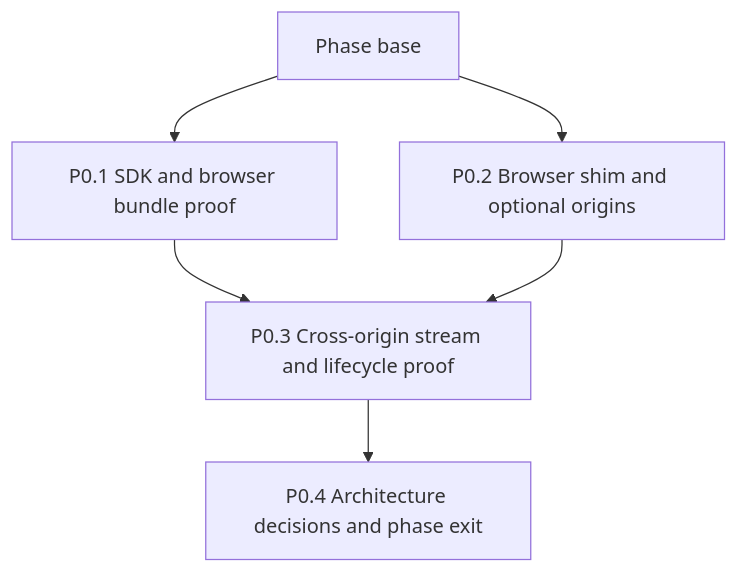
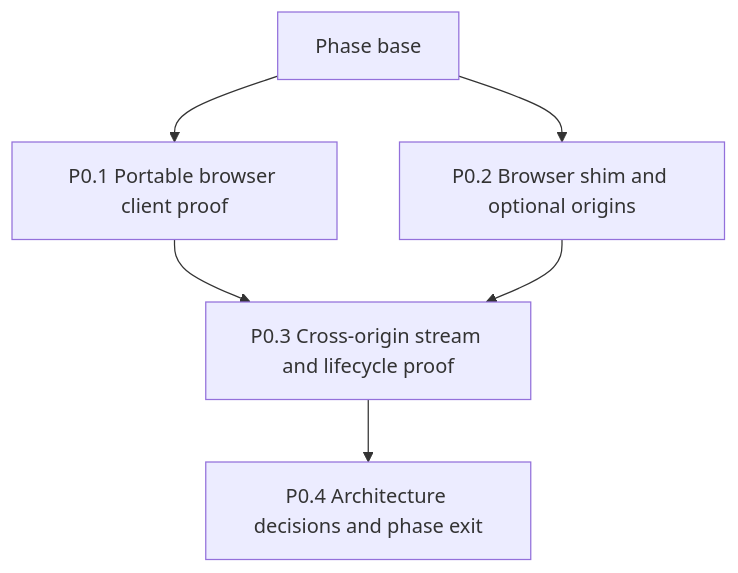
Before and after one commit to whizzzkid/point-and-shoot: the diagram in docs/plans/A2A-client/phase-0-prove-the-platform.md, drawn with Mermaid. The commit also changed other lines of this file and 6 other files, not shown here.

First line of the commit message:
docs(a2a): 📝 plan the portable browser client

````diff
--- a/docs/plans/A2A-client/phase-0-prove-the-platform.md
+++ b/docs/plans/A2A-client/phase-0-prove-the-platform.md
@@ -45,11 +50,11 @@
 ```mermaid
 flowchart TD
   Base["Phase base"]
-  P01["P0.1 SDK and browser bundle proof"]
+  P01["P0.1 Portable browser client proof"]
   P02["P0.2 Browser shim and optional origins"]
   P03["P0.3 Cross-origin stream and lifecycle proof"]
   P04["P0.4 Architecture decisions and phase exit"]
 
   Base --> P01 --> P03 --> P04
   Base --> P02 --> P03
 ```
````
